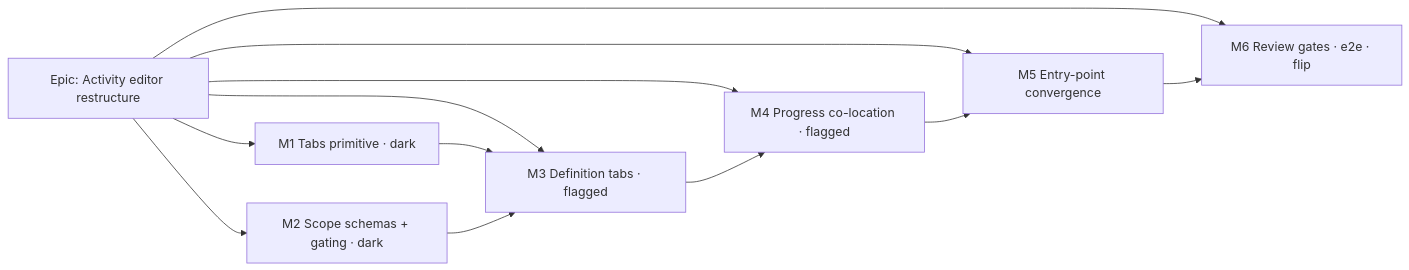
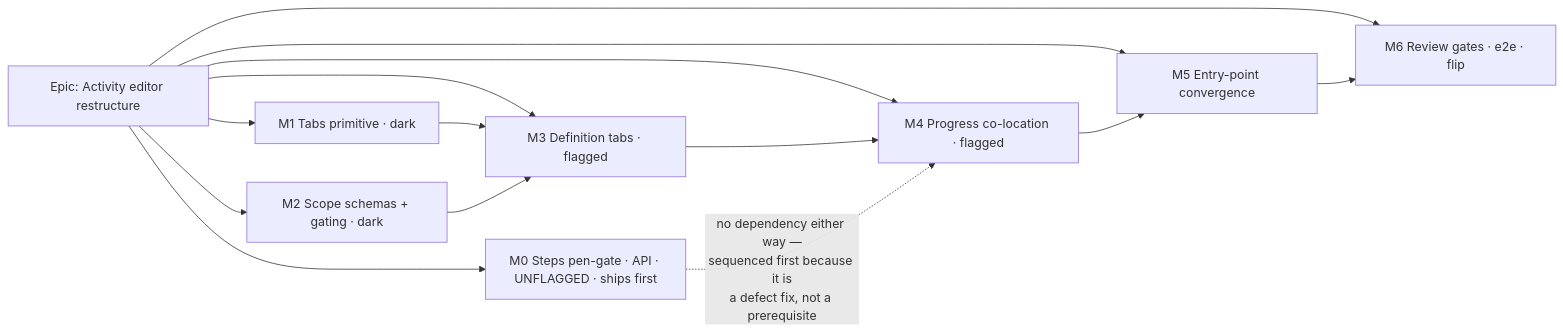
One commit to HuttonHomeHub/SchedulePoint_1 changed the diagram in docs/specs/activity-editor-restructure/implementation-plan.md. Above: the diagram before and after it, drawn with Mermaid. The commit also changed other lines of this file and 2 other files, not shown here.

First line of the commit message:
docs(repo): fold the agreed decisions into the activity-editor design

````diff
--- a/docs/specs/activity-editor-restructure/implementation-plan.md
+++ b/docs/specs/activity-editor-restructure/implementation-plan.md
@@ -10,12 +15,14 @@
 ```mermaid
 flowchart LR
-  E["Epic: Activity editor restructure"] --> M1[M1 Tabs primitive · dark]
+  E["Epic: Activity editor restructure"] --> M0["M0 Steps pen-gate · API · UNFLAGGED · ships first"]
+  E --> M1[M1 Tabs primitive · dark]
   E --> M2[M2 Scope schemas + gating · dark]
   E --> M3[M3 Definition tabs · flagged]
   E --> M4[M4 Progress co-location · flagged]
   E --> M5[M5 Entry-point convergence]
   E --> M6[M6 Review gates · e2e · flip]
   M1 --> M3
   M2 --> M3
   M3 --> M4 --> M5 --> M6
+  M0 -.->|"no dependency either way —<br/>sequenced first because it is<br/>a defect fix, not a prerequisite"| M4
 ```
````
